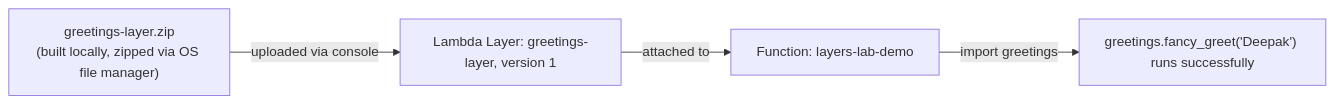
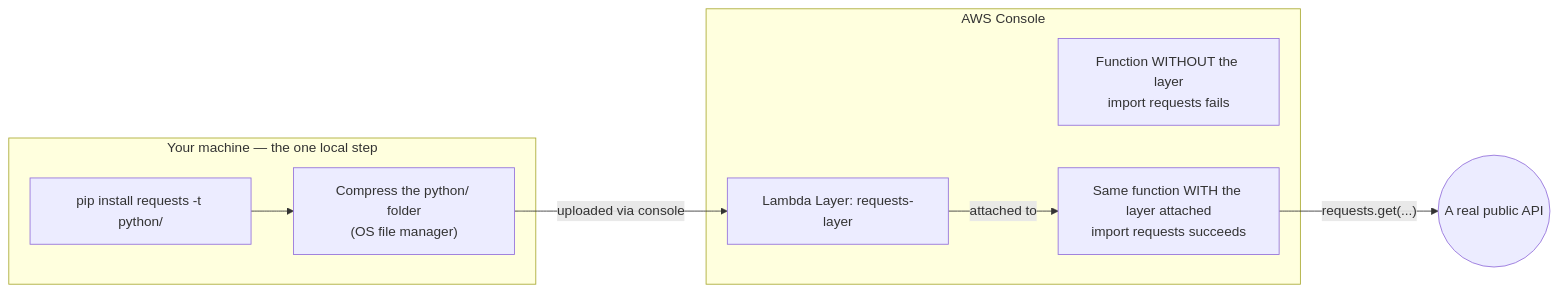
Before and after one commit to msdeepak052/AWS_Imp_Concepts: the diagram in Lambda/22-Lambda-Layers-Lab-HandsOn.md, drawn with Mermaid. The commit also changed other lines of this file and 6 other files, not shown here.

````diff
--- a/Lambda/22-Lambda-Layers-Lab-HandsOn.md
+++ b/Lambda/22-Lambda-Layers-Lab-HandsOn.md
@@ -11,7 +11,18 @@
 ```mermaid
 flowchart LR
-    ZIP["greetings-layer.zip<br/>(built locally, zipped via OS file manager)"]
-    ZIP -->|"uploaded via console"| LAYER["Lambda Layer: greetings-layer, version 1"]
-    LAYER -->|"attached to"| FUNC["Function: layers-lab-demo"]
-    FUNC -->|"import greetings"| RUN["greetings.fancy_greet('Deepak') runs successfully"]
+    subgraph LOCAL["Your machine — the one local step"]
+        PIP["pip install requests -t python/"]
+        ZIP["Compress the python/ folder<br/>(OS file manager)"]
+        PIP --> ZIP
+    end
+
+    subgraph CONSOLE["AWS Console"]
+        LAYER["Lambda Layer: requests-layer"]
+        F1["Function WITHOUT the layer<br/>import requests fails"]
+        F2["Same function WITH the layer attached<br/>import requests succeeds"]
+    end
+
+    ZIP -->|"uploaded via console"| LAYER
+    LAYER -->|"attached to"| F2
+    F2 -->|"requests.get(...)"| API(("A real public API"))
 ```
````
